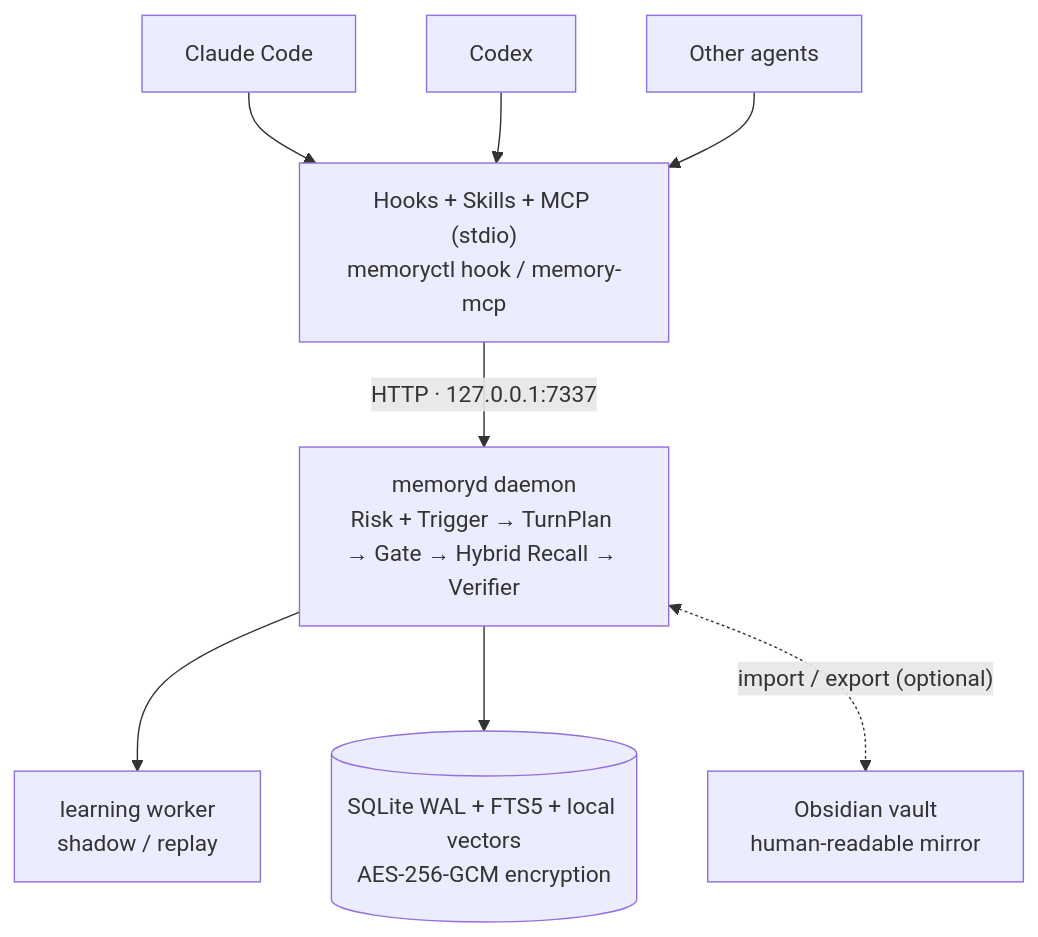
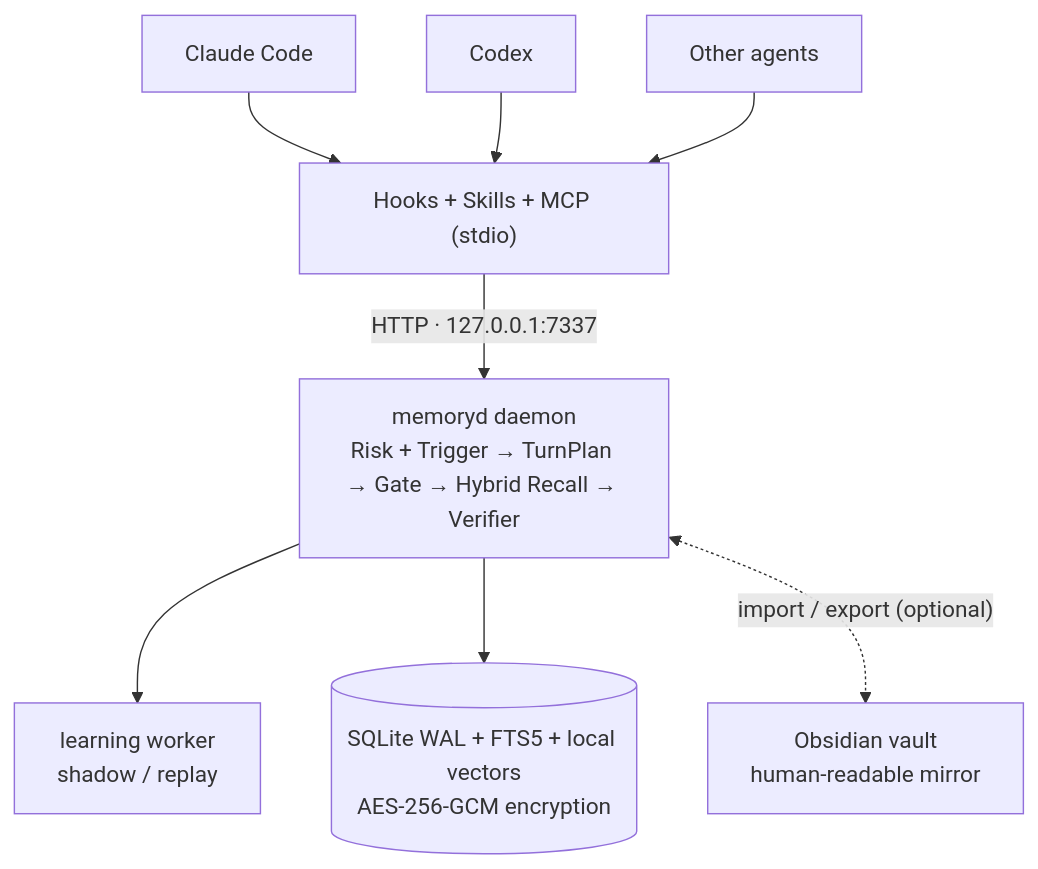
Before and after one commit to MattSureham/memoryd: the third of 3 diagrams in README.en.md, drawn with Mermaid. The commit also changed other lines of this file and 1 other file, not shown here.

Commit message:
docs: fix mermaid layout issues found in visual review
Rendered all six diagrams headlessly and found the three-layer memory
chart laying out as a cramped horizontal row (unconnected nodes) and
the hook label wrapping mid-command; stack the layers vertically and
simplify the label.

````diff
--- a/README.en.md
+++ b/README.en.md
@@ -90,8 +91,8 @@
 ```mermaid
 flowchart TD
-    CC["Claude Code"] & CX["Codex"] & AG["Other agents"] --> HK["Hooks + Skills + MCP (stdio)<br/>memoryctl hook / memory-mcp"]
+    CC["Claude Code"] & CX["Codex"] & AG["Other agents"] --> HK["Hooks + Skills + MCP (stdio)"]
     HK -->|"HTTP · 127.0.0.1:7337"| D["memoryd daemon<br/>Risk + Trigger → TurnPlan → Gate → Hybrid Recall → Verifier"]
     D --> LW["learning worker<br/>shadow / replay"]
     D --> DB[("SQLite WAL + FTS5 + local vectors<br/>AES-256-GCM encryption")]
     D <-.->|"import / export (optional)"| OB["Obsidian vault<br/>human-readable mirror"]
 ```
````
